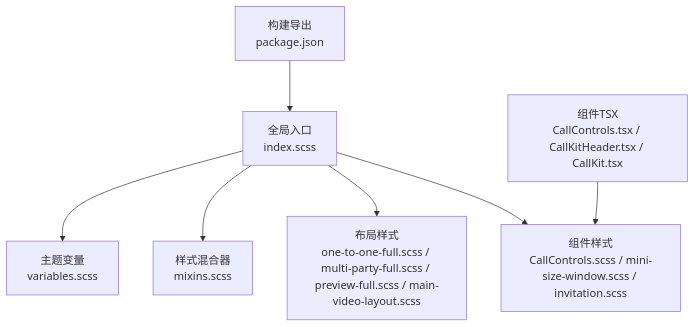
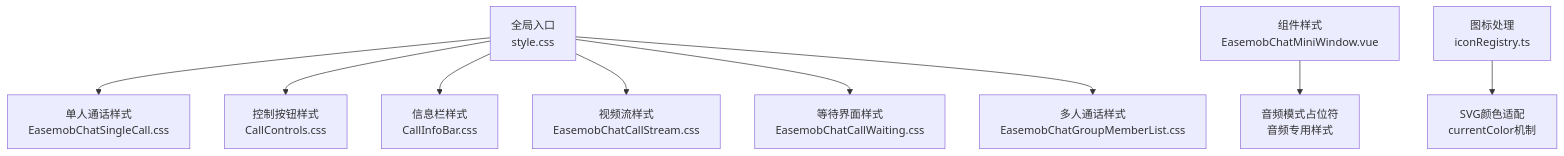
Before and after one commit to Easemob-Community/easemob-uikit-callkit-vue3: the first of 3 diagrams in .qoder/repowiki/zh/content/样式与定制/样式与定制.md, drawn with Mermaid. The commit also changed other lines of this file and 58 other files, not shown here.

````diff
--- a/.qoder/repowiki/zh/content/样式与定制/样式与定制.md
+++ b/.qoder/repowiki/zh/content/样式与定制/样式与定制.md
@@ -54,9 +52,11 @@
 ```mermaid
 graph TB
-A["全局入口<br/>index.scss"] --> B["主题变量<br/>variables.scss"]
-A --> C["样式混合器<br/>mixins.scss"]
-A --> D["布局样式<br/>one-to-one-full.scss / multi-party-full.scss / preview-full.scss / main-video-layout.scss"]
-A --> E["组件样式<br/>CallControls.scss / mini-size-window.scss / invitation.scss"]
-F["组件TSX<br/>CallControls.tsx / CallKitHeader.tsx / CallKit.tsx"] --> E
-G["构建导出<br/>package.json"] --> A
+A["全局入口<br/>style.css"] --> B["单人通话样式<br/>EasemobChatSingleCall.css"]
+A --> C["控制按钮样式<br/>CallControls.css"]
+A --> D["信息栏样式<br/>CallInfoBar.css"]
+A --> E["视频流样式<br/>EasemobChatCallStream.css"]
+A --> F["等待界面样式<br/>EasemobChatCallWaiting.css"]
+A --> G["多人通话样式<br/>EasemobChatGroupMemberList.css"]
+H["组件样式<br/>EasemobChatMiniWindow.vue"] --> I["音频模式占位符<br/>音频专用样式"]
+J["图标处理<br/>iconRegistry.ts"] --> K["SVG颜色适配<br/>currentColor机制"]
 ```
````
